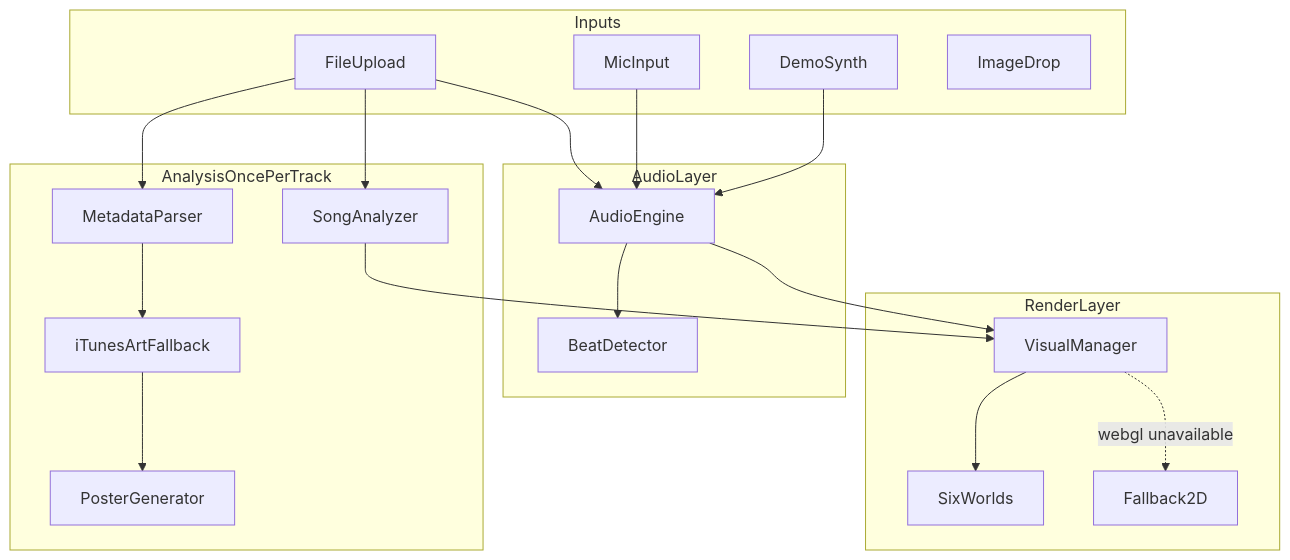
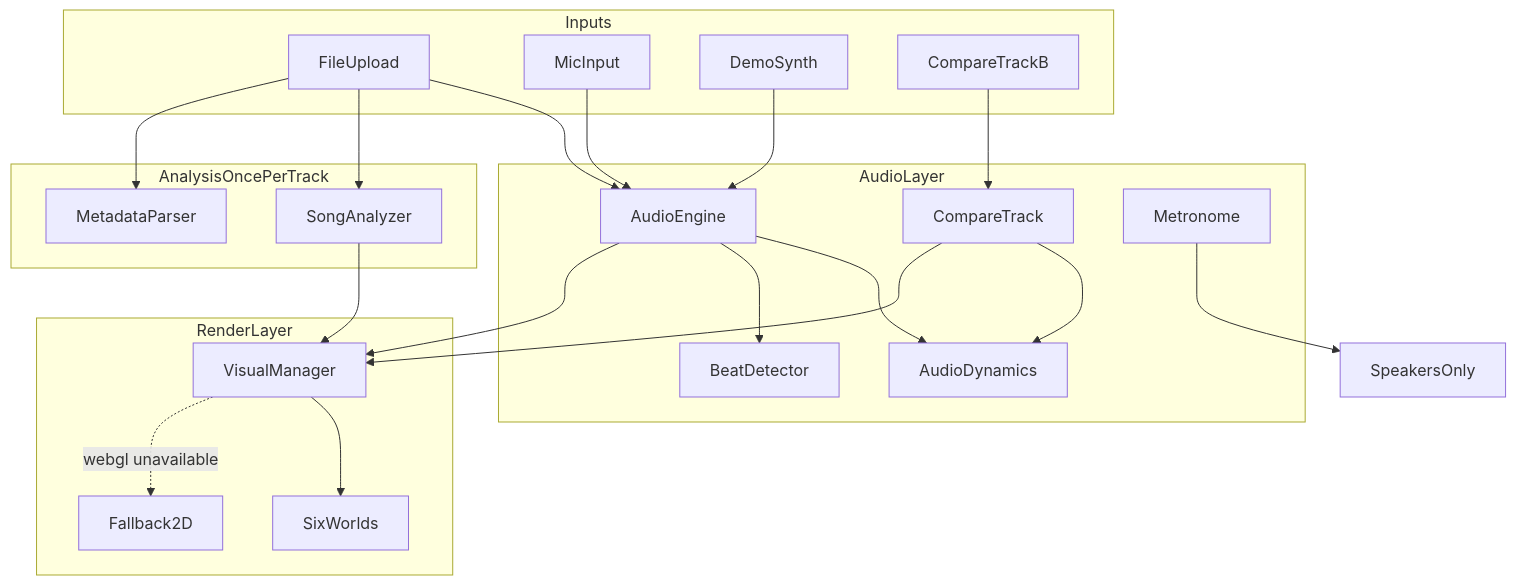
The diagram in docs/PROJECT.md (dtchakerian-lab/vartan), drawn with Mermaid before and after one commit. The commit also changed other lines of this file and 11 other files, not shown here.

````diff
--- a/docs/PROJECT.md
+++ b/docs/PROJECT.md
@@ -39,40 +46,44 @@
 ```mermaid
 flowchart TB
   subgraph inputs [Inputs]
     FileUpload[FileUpload]
     MicInput[MicInput]
     DemoSynth[DemoSynth]
-    ImageDrop[ImageDrop]
+    TrackB[CompareTrackB]
   end
 
   subgraph audio [AudioLayer]
     AudioEngine[AudioEngine]
+    CompareTrack[CompareTrack]
     BeatDetector[BeatDetector]
+    AudioDynamics[AudioDynamics]
+    Metronome[Metronome]
   end
 
   subgraph analysis [AnalysisOncePerTrack]
     SongAnalyzer[SongAnalyzer]
     MetadataParser[MetadataParser]
-    iTunesArt[iTunesArtFallback]
-    Poster[PosterGenerator]
   end
 
   subgraph render [RenderLayer]
     VisualManager[VisualManager]
     Worlds[SixWorlds]
     Fallback2D[Fallback2D]
   end
 
   FileUpload --> AudioEngine
   MicInput --> AudioEngine
   DemoSynth --> AudioEngine
+  TrackB --> CompareTrack
   FileUpload --> SongAnalyzer
   FileUpload --> MetadataParser
-  MetadataParser --> iTunesArt
-  iTunesArt --> Poster
+  AudioEngine --> AudioDynamics
   AudioEngine --> BeatDetector
+  CompareTrack --> AudioDynamics
   AudioEngine --> VisualManager
+  CompareTrack --> VisualManager
   SongAnalyzer --> VisualManager
+  Metronome --> Speakers[SpeakersOnly]
   VisualManager --> Worlds
   VisualManager -.webgl unavailable.-> Fallback2D
 ```
````
